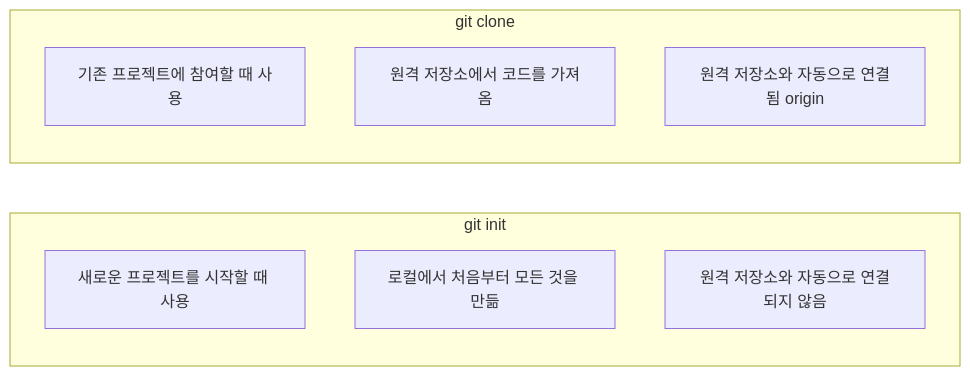
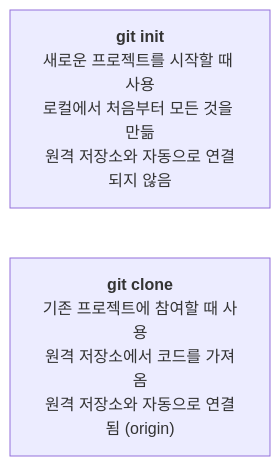
One commit to jingu279/Document changed the second of 2 diagrams in 02_Basics/01_Git_Init_Clone.md. Above: the diagram before and after it, drawn with Mermaid. The commit also changed 16 other files, not shown here.

Commit message:
Fix all Mermaid rendering issues (subgraph-to-subgraph, unconnected nodes, reserved names, dashes)

````diff
--- a/02_Basics/01_Git_Init_Clone.md
+++ b/02_Basics/01_Git_Init_Clone.md
@@ -137,15 +137,5 @@
 ```mermaid
 flowchart LR
-  subgraph Init[git init]
-    direction TB
-      I1["새로운 프로젝트를 시작할 때 사용"]
-      I2["로컬에서 처음부터 모든 것을 만듦"]
-      I3["원격 저장소와 자동으로 연결되지 않음"]
-  end
-  subgraph Clone[git clone]
-    direction TB
-      C1["기존 프로젝트에 참여할 때 사용"]
-      C2["원격 저장소에서 코드를 가져옴"]
-      C3["원격 저장소와 자동으로 연결됨 origin"]
-  end
+  Init["<b>git init</b><br/>새로운 프로젝트를 시작할 때 사용<br/>로컬에서 처음부터 모든 것을 만듦<br/>원격 저장소와 자동으로 연결되지 않음"]
+  Clone["<b>git clone</b><br/>기존 프로젝트에 참여할 때 사용<br/>원격 저장소에서 코드를 가져옴<br/>원격 저장소와 자동으로 연결됨 (origin)"]
 ```
````
